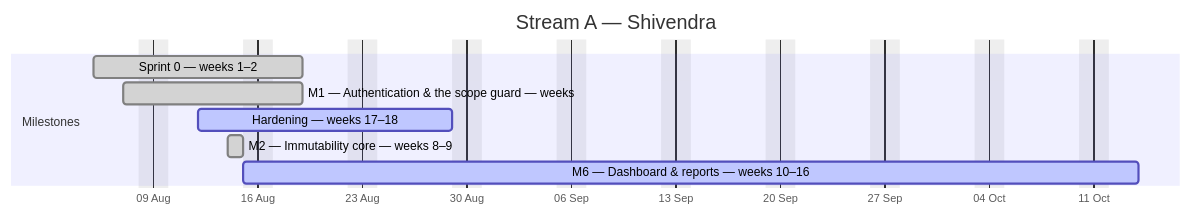
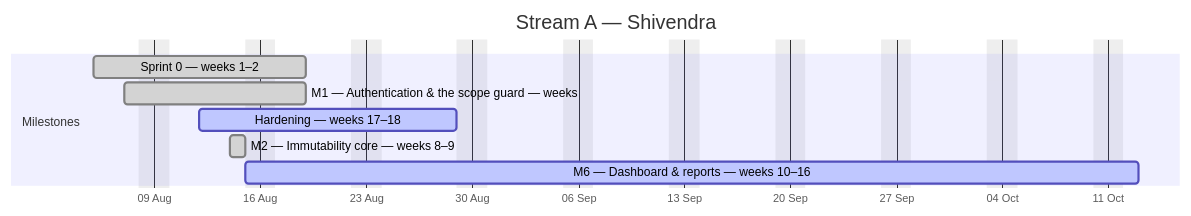
One commit to debashisedunext/EduTrack changed the first of 4 diagrams in docs/plan/GANTT.md. Above: the diagram before and after it, drawn with Mermaid. The commit also changed other lines of this file and 3 other files, not shown here.

````diff
--- a/docs/plan/GANTT.md
+++ b/docs/plan/GANTT.md
@@ -108,13 +108,13 @@
 ```mermaid
 gantt
     dateFormat YYYY-MM-DD
     axisFormat %d %b
     title Stream A — Shivendra
     excludes weekends
     section Milestones
     Sprint 0 — weeks 1–2 :done, a0, 2026-08-05, 10d
     M1 — Authentication & the scope guard — weeks :done, a1, 2026-08-07, 8d
     Hardening — weeks 17–18 :active, a2, 2026-08-12, 13d
     M2 — Immutability core — weeks 8–9 :done, a3, 2026-08-14, 1d
-    M6 — Dashboard & reports — weeks 10–16 :active, a4, 2026-08-15, 43d
+    M6 — Dashboard & reports — weeks 10–16 :active, a4, 2026-08-15, 42d
 ```
````
